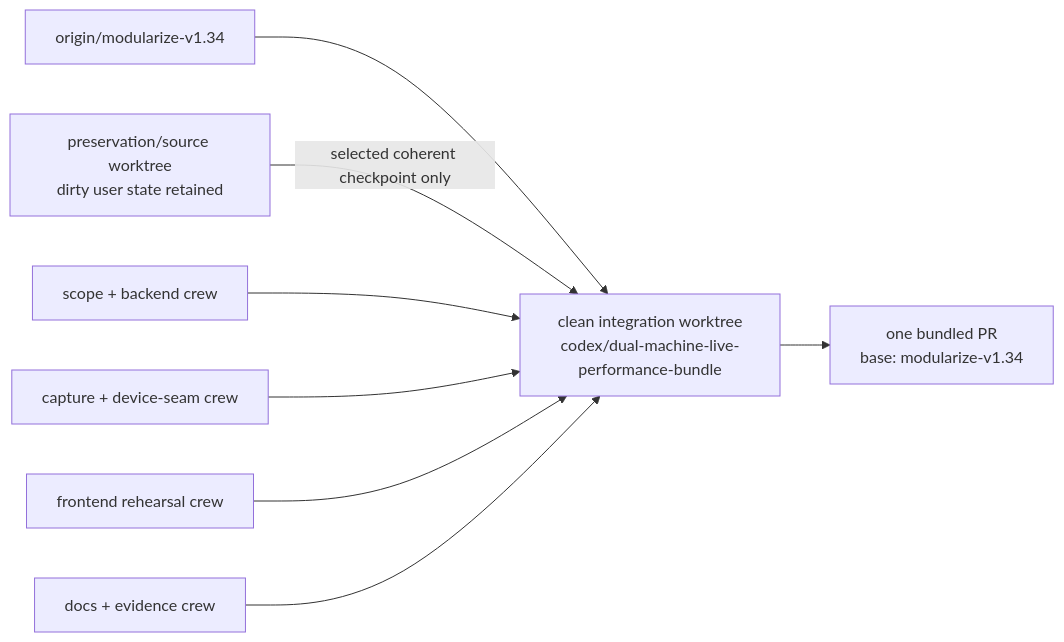
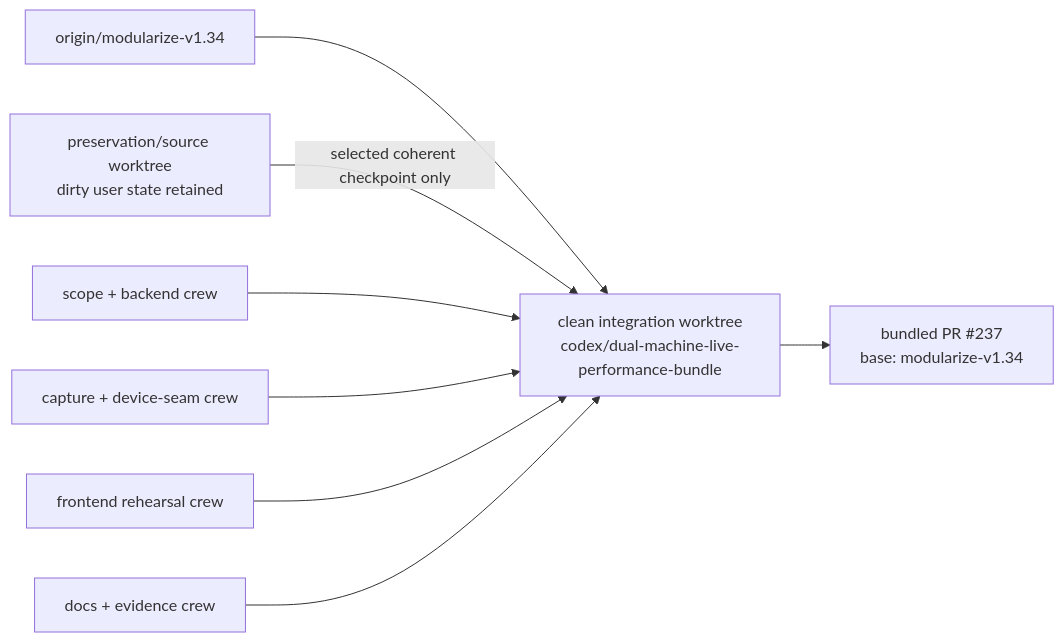
The diagram in docs/superpowers/plans/2026-08-26-targeted-live-kit-mutation.md (buzzijose-hub/RytmRandomizer), drawn with Mermaid before and after one commit. The commit also changed other lines of this file and 3 other files, not shown here.

````diff
--- a/docs/superpowers/plans/2026-08-26-targeted-live-kit-mutation.md
+++ b/docs/superpowers/plans/2026-08-26-targeted-live-kit-mutation.md
@@ -116,19 +118,19 @@
 ```mermaid
 flowchart LR
     Base["origin/modularize-v1.34"]
     Source["preservation/source worktree<br/>dirty user state retained"]
     ScopeCrew["scope + backend crew"]
     CaptureCrew["capture + device-seam crew"]
     FrontendCrew["frontend rehearsal crew"]
     DocsCrew["docs + evidence crew"]
     Integration["clean integration worktree<br/>codex/dual-machine-live-performance-bundle"]
-    PR["one bundled PR<br/>base: modularize-v1.34"]
+    PR["bundled PR #237<br/>base: modularize-v1.34"]
 
     Base --> Integration
     Source -->|"selected coherent checkpoint only"| Integration
     ScopeCrew --> Integration
     CaptureCrew --> Integration
     FrontendCrew --> Integration
     DocsCrew --> Integration
     Integration --> PR
 ```
````
